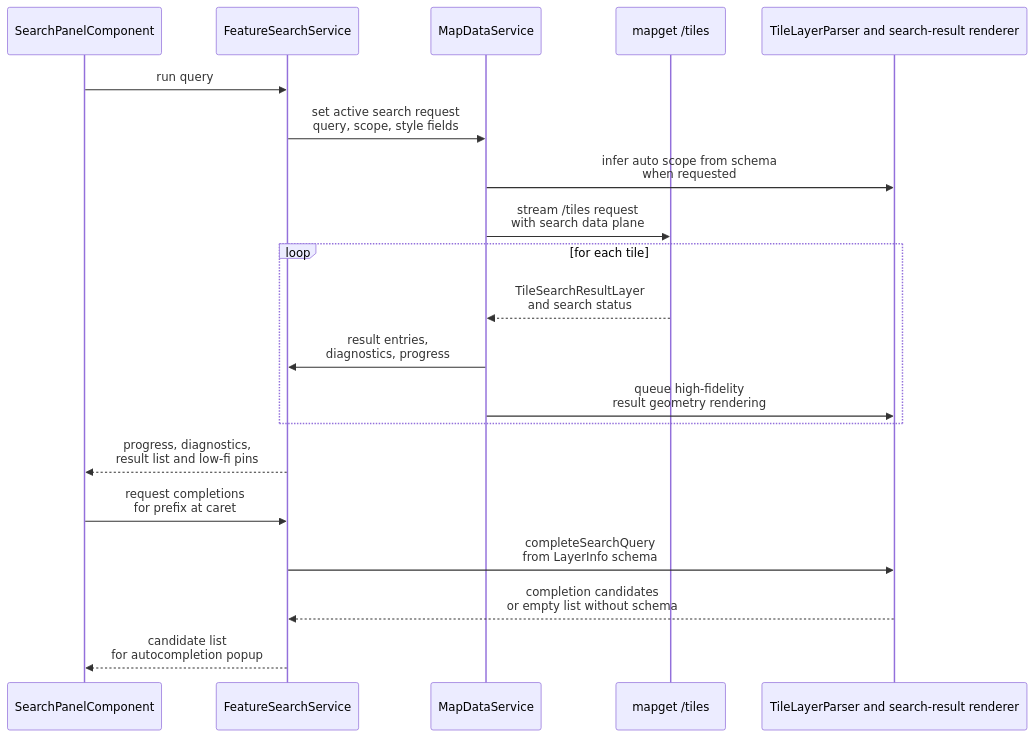
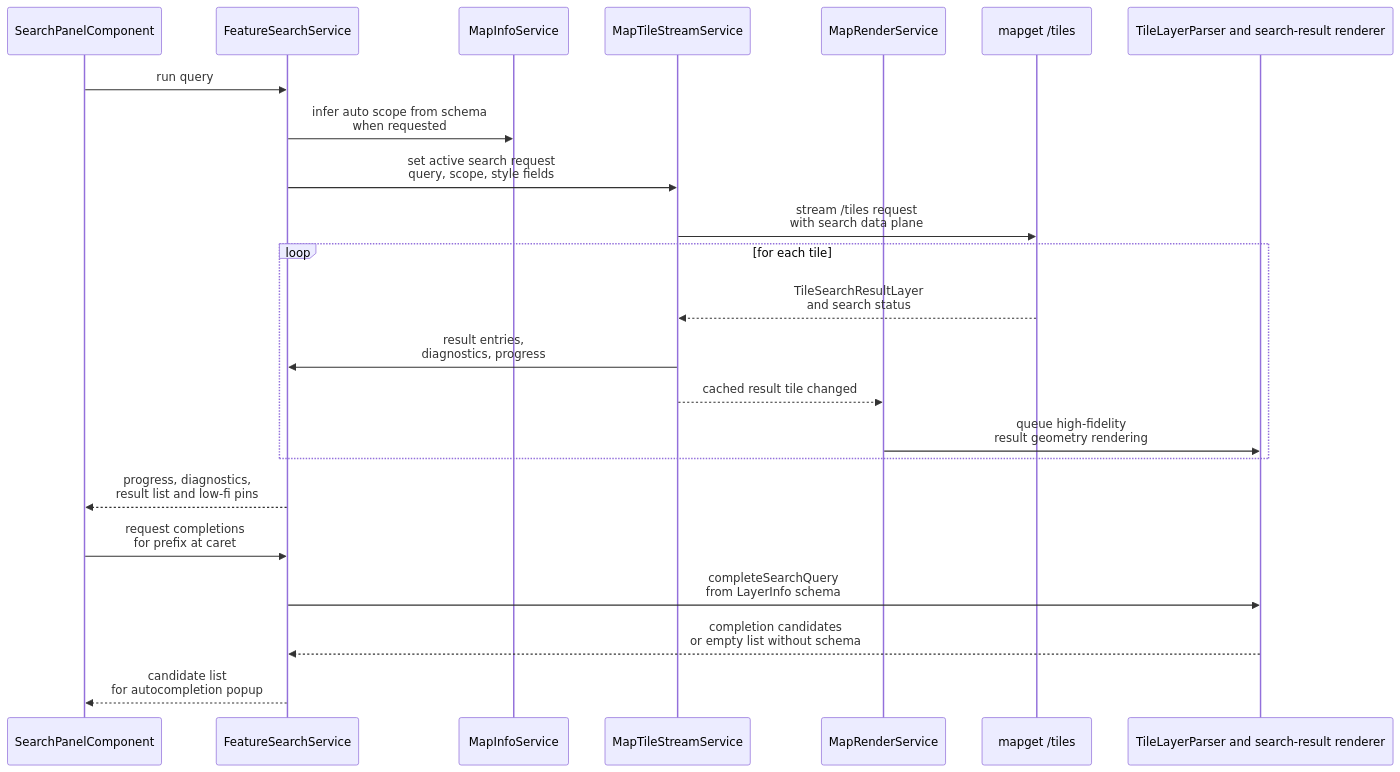
One commit to ndsev/erdblick changed the ninth of 10 diagrams in docs/erdblick-dev-guide.md. Above: the diagram before and after it, drawn with Mermaid. The commit also changed other lines of this file and 43 other files, not shown here.

Commit message:
Split up the MapDataService

````diff
--- a/docs/erdblick-dev-guide.md
+++ b/docs/erdblick-dev-guide.md
@@ -618,26 +708,29 @@
 ```mermaid
 sequenceDiagram
   participant UI as SearchPanelComponent
   participant Search as FeatureSearchService
-  participant MapSvc as MapDataService
+  participant MapInfo as MapInfoService
+  participant TileStream as MapTileStreamService
+  participant Render as MapRenderService
   participant Backend as mapget /tiles
   participant Core as TileLayerParser and search-result renderer
 
   UI->>Search: run query
-  Search->>MapSvc: set active search request<br>query, scope, style fields
-  MapSvc->>Core: infer auto scope from schema<br>when requested
-  MapSvc->>Backend: stream /tiles request<br>with search data plane
+  Search->>MapInfo: infer auto scope from schema<br>when requested
+  Search->>TileStream: set active search request<br>query, scope, style fields
+  TileStream->>Backend: stream /tiles request<br>with search data plane
 
   loop for each tile
-    Backend-->>MapSvc: TileSearchResultLayer<br>and search status
-    MapSvc->>Search: result entries,<br>diagnostics, progress
-    MapSvc->>Core: queue high-fidelity<br>result geometry rendering
+    Backend-->>TileStream: TileSearchResultLayer<br>and search status
+    TileStream->>Search: result entries,<br>diagnostics, progress
+    TileStream-->>Render: cached result tile changed
+    Render->>Core: queue high-fidelity<br>result geometry rendering
   end
 
   Search-->>UI: progress, diagnostics,<br>result list and low-fi pins
 
   UI->>Search: request completions<br>for prefix at caret
   Search->>Core: completeSearchQuery<br>from LayerInfo schema
   Core-->>Search: completion candidates<br>or empty list without schema
   Search-->>UI: candidate list<br>for autocompletion popup
 ```
````
